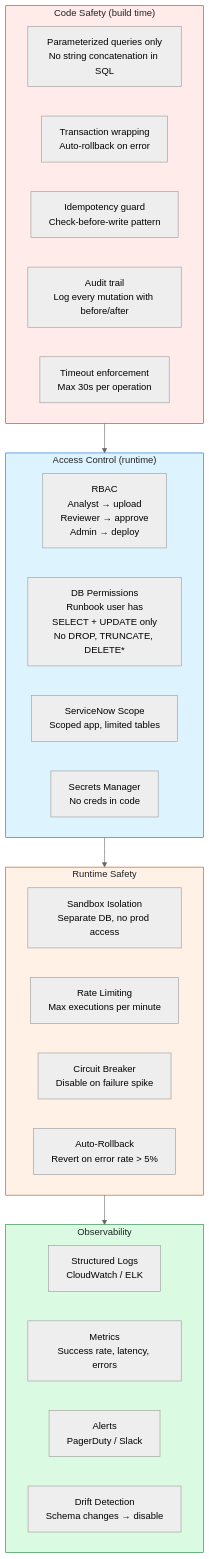
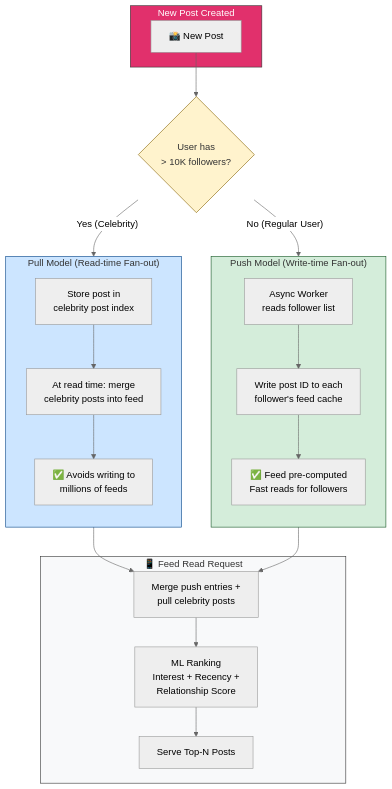
Before and after one commit to KiZamaDo/KiZamaDo.github.io: diagram 13 of 14 in README.md, drawn with Mermaid (neutral theme). The commit also changed other lines of this file, not shown here.

Commit message:
changed code

```diff
--- a/README.md
+++ b/README.md
@@ -597,40 +1456,44 @@
-  <div class="mermaid">
+        <pre class="mermaid">
 graph TB
-    subgraph CodeSafety["Code Safety (build time)"]
-        PARAM["Parameterized queries only<br/>No string concatenation in SQL"]
-        TRANS["Transaction wrapping<br/>Auto-rollback on error"]
-        IDEM_C["Idempotency guard<br/>Check-before-write pattern"]
-        AUDIT["Audit trail<br/>Log every mutation with before/after"]
-        TIMEOUT["Timeout enforcement<br/>Max 30s per operation"]
+    subgraph PostEvent["New Post Created"]
+        NewPost["📸 New Post"]
     end
 
-    subgraph AccessControl["Access Control (runtime)"]
-        RBAC["RBAC<br/>Analyst → upload<br/>Reviewer → approve<br/>Admin → deploy"]
-        DB_PERMS["DB Permissions<br/>Runbook user has<br/>SELECT + UPDATE only<br/>No DROP, TRUNCATE, DELETE*"]
-        SNOW_SCOPE["ServiceNow Scope<br/>Scoped app, limited tables"]
-        SECRETS_MGR["Secrets Manager<br/>No creds in code"]
+    NewPost --> Decision{"User has<br/>> 10K followers?"}
+
+    Decision -->|"No (Regular User)"| PushPath
+    Decision -->|"Yes (Celebrity)"| PullPath
+
+    subgraph PushPath["Push Model (Write-time Fan-out)"]
+        direction TB
+        PushWorker["Async Worker<br/>reads follower list"]
+        PushWrite["Write post ID to each<br/>follower's feed cache"]
+        PushResult["✅ Feed pre-computed<br/>Fast reads for followers"]
     end
 
-    subgraph RuntimeSafety["Runtime Safety"]
-        SANDBOX_ISO["Sandbox Isolation<br/>Separate DB, no prod access"]
-        RATE_LIMIT["Rate Limiting<br/>Max executions per minute"]
-        CIRCUIT["Circuit Breaker<br/>Disable on failure spike"]
-        ROLLBACK_AUTO["Auto-Rollback<br/>Revert on error rate > 5%"]
+    subgraph PullPath["Pull Model (Read-time Fan-out)"]
+        direction TB
+        PullStore["Store post in<br/>celebrity post index"]
+        PullRead["At read time: merge<br/>celebrity posts into feed"]
+        PullResult["✅ Avoids writing to<br/>millions of feeds"]
     end
 
-    subgraph Observability["Observability"]
-        LOGS["Structured Logs<br/>CloudWatch / ELK"]
-        METRICS["Metrics<br/>Success rate, latency, errors"]
-        ALERTS["Alerts<br/>PagerDuty / Slack"]
-        DRIFT["Drift Detection<br/>Schema changes → disable"]
+    PushWorker --> PushWrite --> PushResult
+    PullStore --> PullRead --> PullResult
+
+    subgraph FeedRead["📱 Feed Read Request"]
+        Merge["Merge push entries +<br/>pull celebrity posts"]
+        Rank["ML Ranking<br/>Interest + Recency +<br/>Relationship Score"]
+        Serve["Serve Top-N Posts"]
     end
 
-    CodeSafety --> AccessControl
-    AccessControl --> RuntimeSafety
-    RuntimeSafety --> Observability
+    PushResult --> Merge
+    PullResult --> Merge
+    Merge --> Rank --> Serve
 
-    style CodeSafety fill:#ffebe9,stroke:#cf222e,color:#1f2328
-    style AccessControl fill:#ddf4ff,stroke:#0969da,color:#1f2328
-    style RuntimeSafety fill:#fff1e5,stroke:#bc4c00,color:#1f2328
-    style Observability fill:#dafbe1,stroke:#1a7f37,color:#1f2328
-  </div>
+    style PostEvent fill:#e1306c,stroke:#333,color:#fff
+    style Decision fill:#fff3cd,stroke:#856404,color:#333
+    style PushPath fill:#d4edda,stroke:#155724,color:#333
+    style PullPath fill:#cce5ff,stroke:#004085,color:#333
+    style FeedRead fill:#f8f9fa,stroke:#333,color:#333
+        </pre>
```
